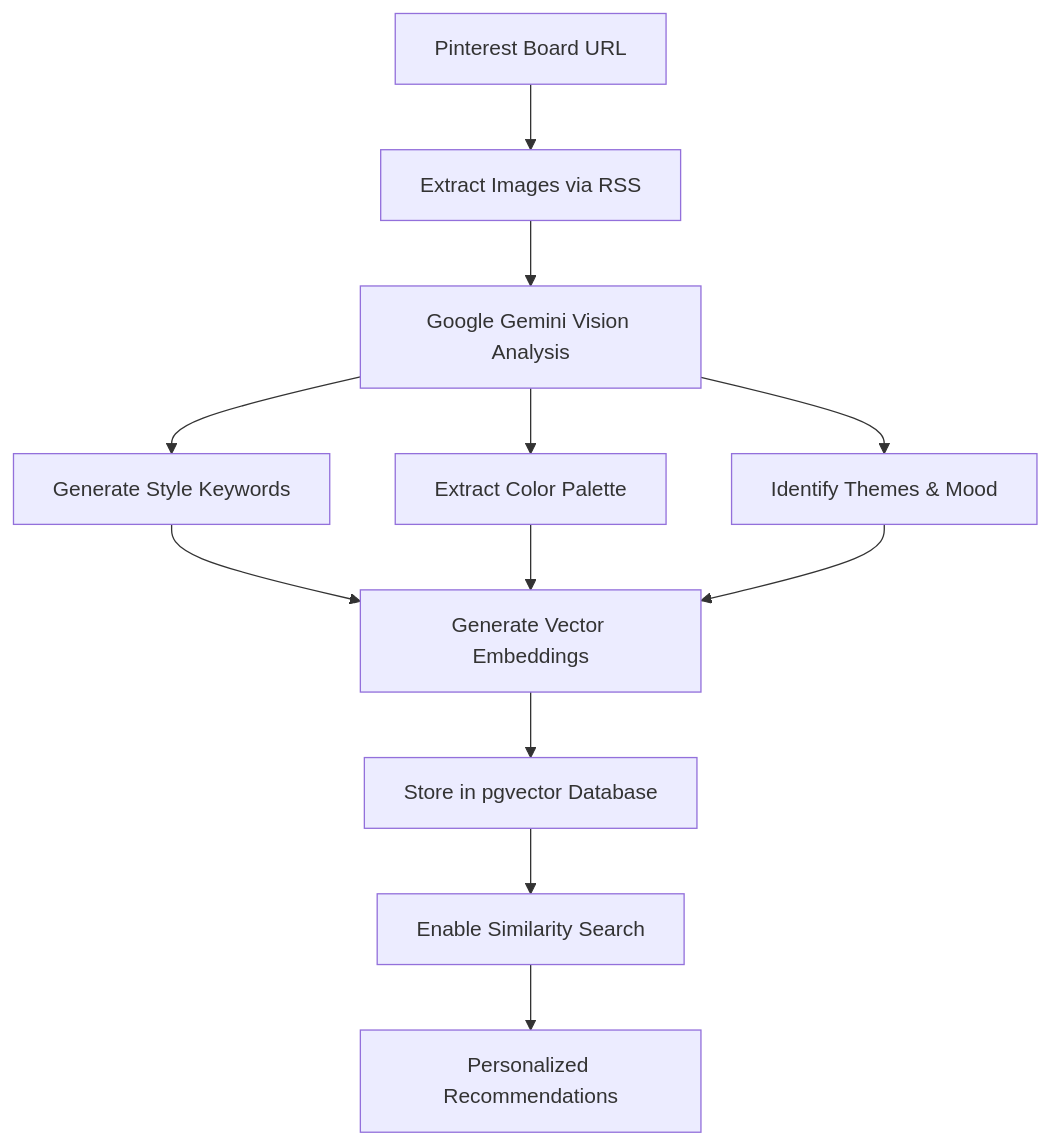
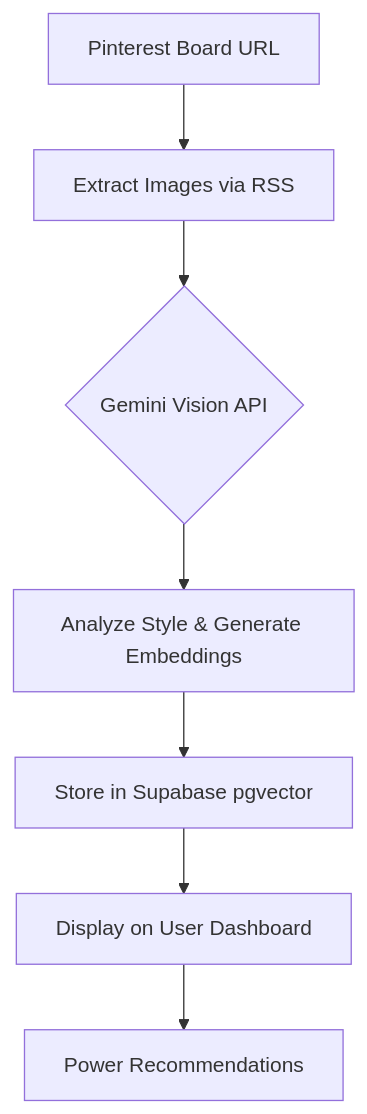
The first of 2 diagrams in README.md (meghancampbel9/flai), drawn with Mermaid before and after one commit. The commit also changed other lines of this file and 21 other files, not shown here.

````diff
--- a/README.md
+++ b/README.md
@@ -248,14 +279,9 @@
 ```mermaid
 graph TD
     A[Pinterest Board URL] --> B[Extract Images via RSS]
-    B --> C[Google Gemini Vision Analysis]
-    C --> D[Generate Style Keywords]
-    C --> E[Extract Color Palette]
-    C --> F[Identify Themes & Mood]
-    D --> G[Generate Vector Embeddings]
-    E --> G
-    F --> G
-    G --> H[Store in pgvector Database]
-    H --> I[Enable Similarity Search]
-    I --> J[Personalized Recommendations]
+    B --> C{Gemini Vision API}
+    C --> D[Analyze Style & Generate Embeddings]
+    D --> E[Store in Supabase pgvector]
+    E --> F[Display on User Dashboard]
+    F --> G[Power Recommendations]
 ```
````
